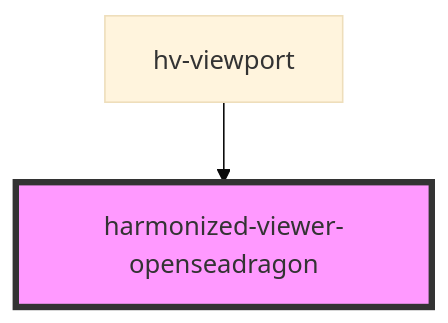
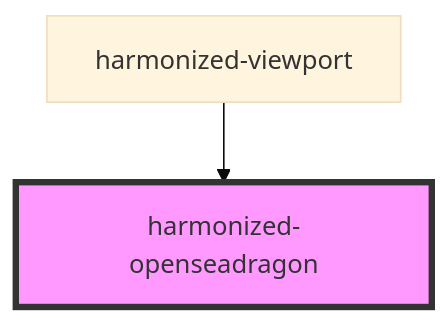
One commit to bac-lac/lac-harmonized-viewer changed the diagram in src/components/openseadragon/readme.md. Above: the diagram before and after it, drawn with Mermaid (base theme). The commit also changed other lines of this file and 19 other files, not shown here.

````diff
--- a/src/components/openseadragon/readme.md
+++ b/src/components/openseadragon/readme.md
@@ -35,5 +35,5 @@
 ```mermaid
 graph TD;
-  hv-viewport --> harmonized-viewer-openseadragon
-  style harmonized-viewer-openseadragon fill:#f9f,stroke:#333,stroke-width:4px
+  harmonized-viewport --> harmonized-openseadragon
+  style harmonized-openseadragon fill:#f9f,stroke:#333,stroke-width:4px
 ```
````
